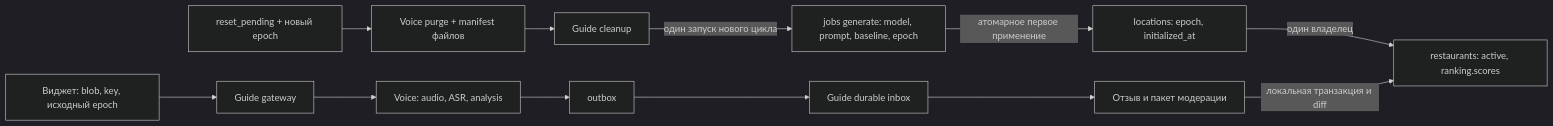
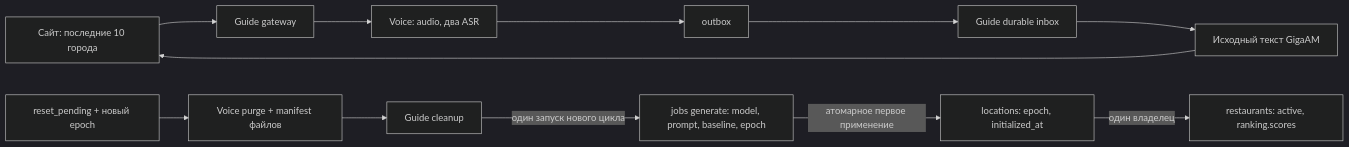
Before and after one commit to involtax/involta-guide: the diagram in docs/CURRENT_STATE.md, drawn with Mermaid (dark theme). The commit also changed other lines of this file and 80 other files, not shown here.

````diff
--- a/docs/CURRENT_STATE.md
+++ b/docs/CURRENT_STATE.md
@@ -59,14 +62,14 @@
 ```mermaid
 flowchart LR
     L[locations: epoch, initialized_at] -->|один владелец| R[restaurants: active, ranking.scores]
     J[jobs generate: model, prompt, baseline, epoch] -->|атомарное первое применение| L
     W[Виджет: blob, key, исходный epoch] --> G[Guide gateway]
-    G --> V[Voice: audio, ASR, analysis]
+    G --> V[Voice: audio, два ASR]
     V --> O[outbox]
     O --> I[Guide durable inbox]
-    I --> P[Отзыв и пакет модерации]
-    P -->|локальная транзакция и diff| R
+    I --> P[Исходный текст GigaAM]
+    P --> W[Сайт: последние 10 города]
     S[reset_pending + новый epoch] --> VP[Voice purge + manifest файлов]
     VP --> GP[Guide cleanup]
     GP -->|один запуск нового цикла| J
 ```
````
